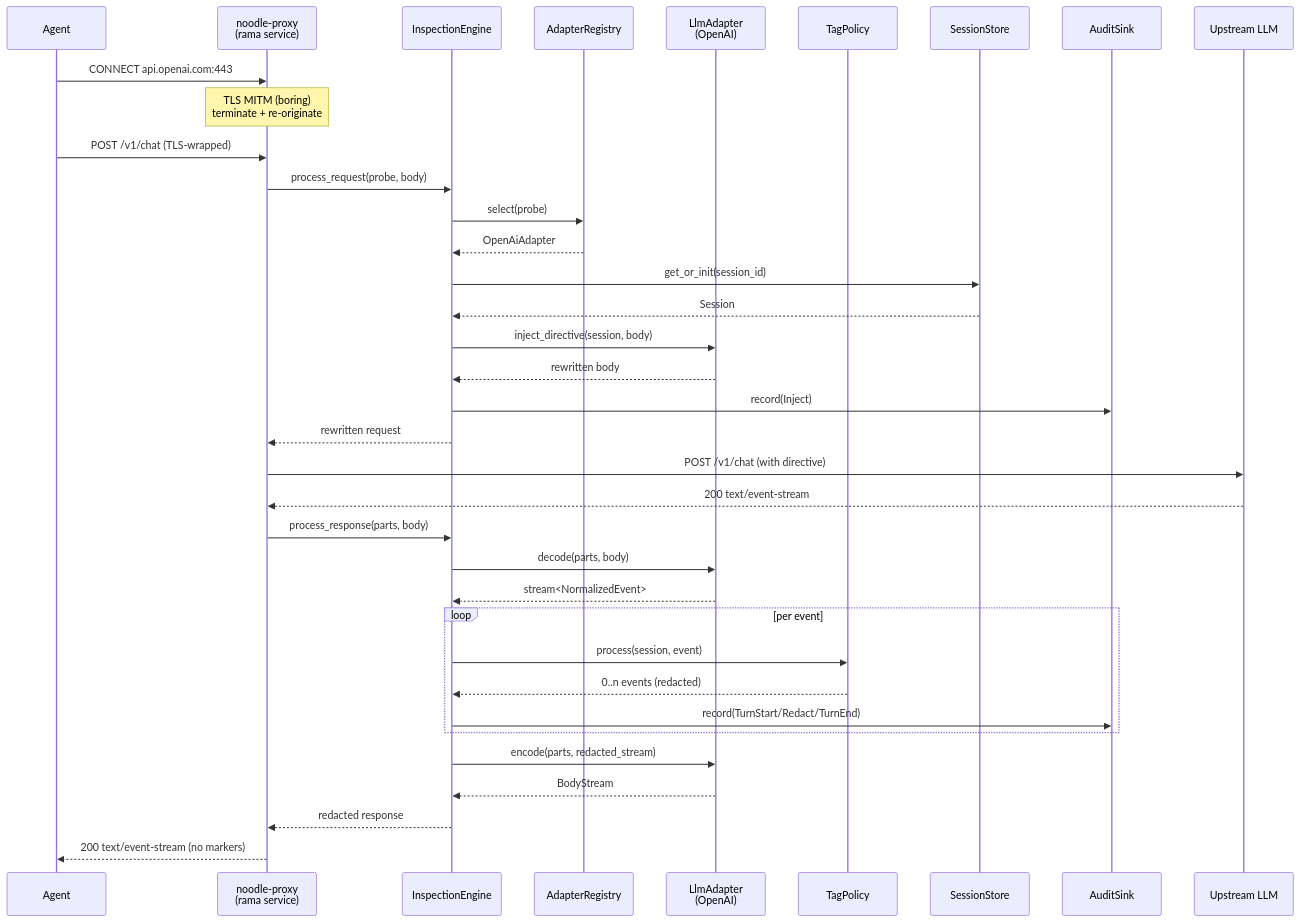
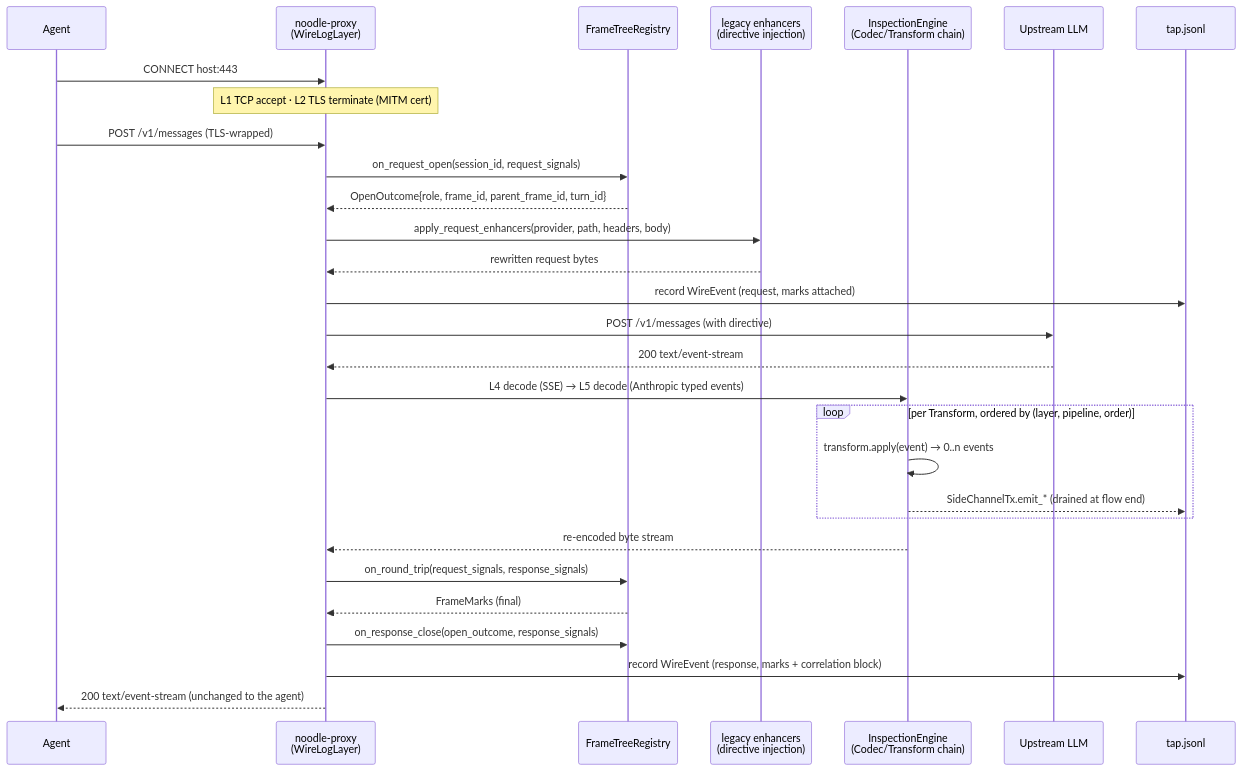
Before and after one commit to josephbarnett/noodle: the third of 7 diagrams in docs/diagrams/flows.md, drawn with Mermaid. The commit also changed other lines of this file and 7 other files, not shown here.

First line of the commit message:
docs: freshness pass on architecture/diagram docs — v1 fictions replaced with as-built (ADR 053) (#22)

````diff
--- a/docs/diagrams/flows.md
+++ b/docs/diagrams/flows.md
@@ -57,43 +121,38 @@
 ```mermaid
 sequenceDiagram
     participant Agent
-    participant Proxy as noodle-proxy<br/>(rama service)
-    participant Engine as InspectionEngine
-    participant Reg as AdapterRegistry
-    participant Adp as LlmAdapter<br/>(OpenAI)
-    participant Pol as TagPolicy
-    participant Store as SessionStore
-    participant Audit as AuditSink
+    participant Proxy as noodle-proxy<br/>(WireLogLayer)
+    participant Mark as FrameTreeRegistry
+    participant Enh as legacy enhancers<br/>(directive injection)
+    participant Eng as InspectionEngine<br/>(Codec/Transform chain)
     participant LLM as Upstream LLM
+    participant Tap as tap.jsonl
 
-    Agent->>Proxy: CONNECT api.openai.com:443
-    Note over Proxy: TLS MITM (boring)<br/>terminate + re-originate
-    Agent->>Proxy: POST /v1/chat (TLS-wrapped)
+    Agent->>Proxy: CONNECT host:443
+    Note over Proxy: L1 TCP accept · L2 TLS terminate (MITM cert)
+    Agent->>Proxy: POST /v1/messages (TLS-wrapped)
 
-    Proxy->>Engine: process_request(probe, body)
-    Engine->>Reg: select(probe)
-    Reg-->>Engine: OpenAiAdapter
-    Engine->>Store: get_or_init(session_id)
-    Store-->>Engine: Session
-    Engine->>Adp: inject_directive(session, body)
-    Adp-->>Engine: rewritten body
-    Engine->>Audit: record(Inject)
-    Engine-->>Proxy: rewritten request
+    Proxy->>Mark: on_request_open(session_id, request_signals)
+    Mark-->>Proxy: OpenOutcome{role, frame_id, parent_frame_id, turn_id}
 
-    Proxy->>LLM: POST /v1/chat (with directive)
+    Proxy->>Enh: apply_request_enhancers(provider, path, headers, body)
+    Enh-->>Proxy: rewritten request bytes
+
+    Proxy->>Tap: record WireEvent (request, marks attached)
+    Proxy->>LLM: POST /v1/messages (with directive)
     LLM-->>Proxy: 200 text/event-stream
 
-    Proxy->>Engine: process_response(parts, body)
-    Engine->>Adp: decode(parts, body)
-    Adp-->>Engine: stream<NormalizedEvent>
-    loop per event
-        Engine->>Pol: process(session, event)
-        Pol-->>Engine: 0..n events (redacted)
-        Engine->>Audit: record(TurnStart/Redact/TurnEnd)
+    Proxy->>Eng: L4 decode (SSE) → L5 decode (Anthropic typed events)
+    loop per Transform, ordered by (layer, pipeline, order)
+        Eng->>Eng: transform.apply(event) → 0..n events
+        Eng-->>Tap: SideChannelTx.emit_* (drained at flow end)
     end
-    Engine->>Adp: encode(parts, redacted_stream)
-    Adp-->>Engine: BodyStream
-    Engine-->>Proxy: redacted response
+    Eng-->>Proxy: re-encoded byte stream
 
-    Proxy-->>Agent: 200 text/event-stream (no markers)
+    Proxy->>Mark: on_round_trip(request_signals, response_signals)
+    Mark-->>Proxy: FrameMarks (final)
+    Proxy->>Mark: on_response_close(open_outcome, response_signals)
+
+    Proxy->>Tap: record WireEvent (response, marks + correlation block)
+    Proxy-->>Agent: 200 text/event-stream (unchanged to the agent)
 ```
````
